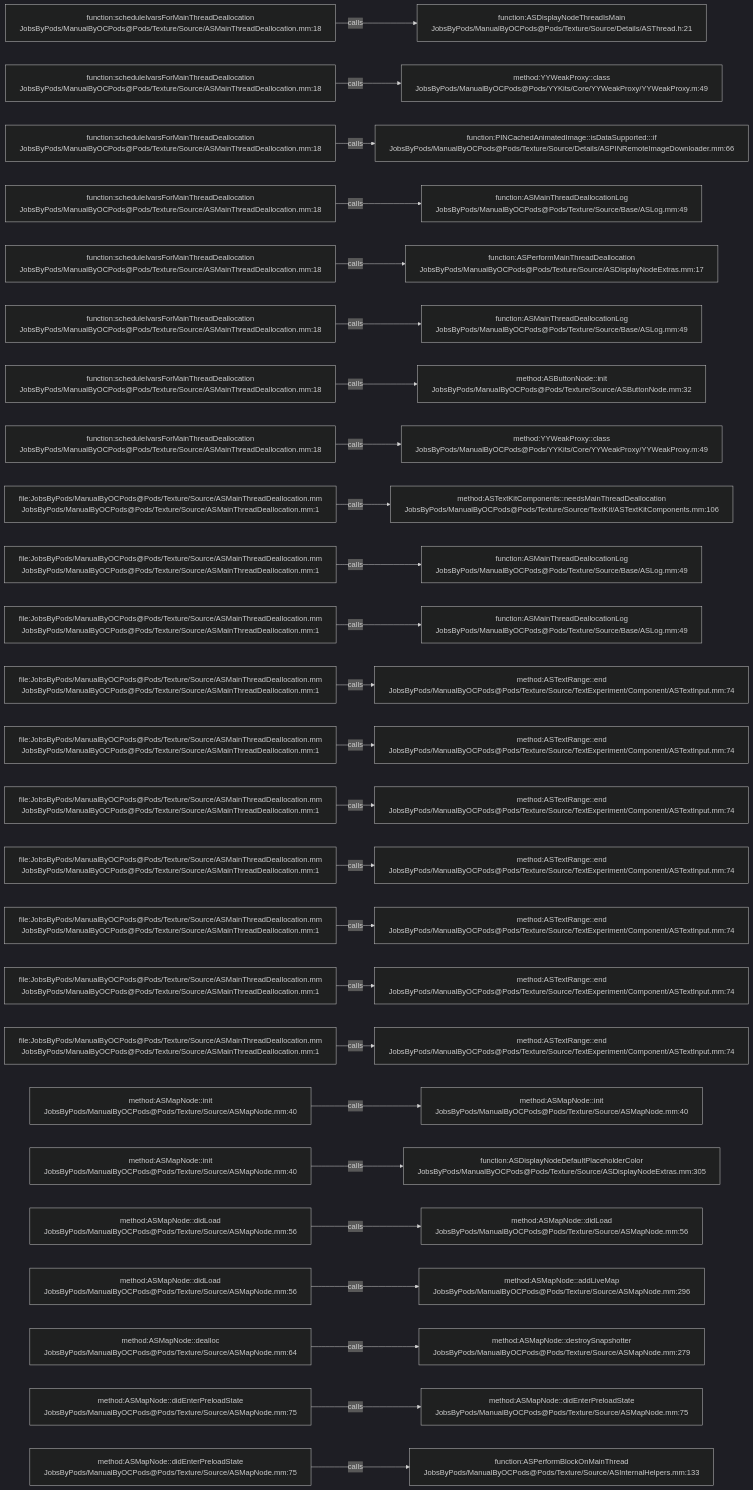
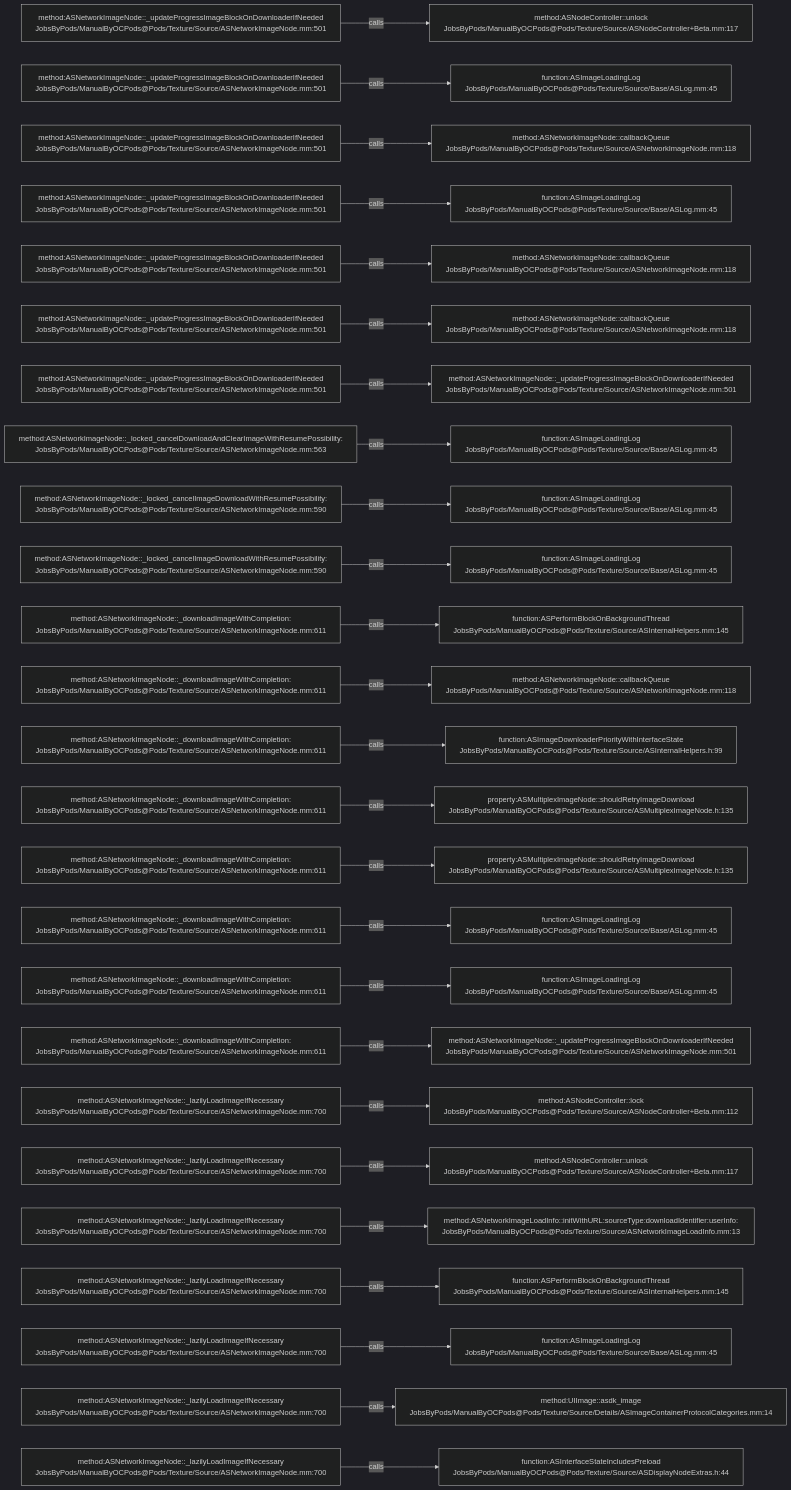
One commit to JobsKits/JobsOCBaseConfigDemo changed the diagram in .codegraph/codegraph.md/graphs/calls-120.md. Above: the diagram before and after it, drawn with Mermaid (dark theme). The commit also changed 1223 other files, not shown here.

````diff
--- a/.codegraph/codegraph.md/graphs/calls-120.md
+++ b/.codegraph/codegraph.md/graphs/calls-120.md
@@ -13,78 +13,78 @@
 ```mermaid
 flowchart LR
-  S1["function:scheduleIvarsForMainThreadDeallocation<br/>JobsByPods/ManualByOCPods@Pods/Texture/Source/ASMainThreadDeallocation.mm:18"]
-  T1["function:ASDisplayNodeThreadIsMain<br/>JobsByPods/ManualByOCPods@Pods/Texture/Source/Details/ASThread.h:21"]
+  S1["method:ASNetworkImageNode::_updateProgressImageBlockOnDownloaderIfNeeded<br/>JobsByPods/ManualByOCPods@Pods/Texture/Source/ASNetworkImageNode.mm:501"]
+  T1["method:ASNodeController::unlock<br/>JobsByPods/ManualByOCPods@Pods/Texture/Source/ASNodeController+Beta.mm:117"]
   S1 -->|calls| T1
-  S2["function:scheduleIvarsForMainThreadDeallocation<br/>JobsByPods/ManualByOCPods@Pods/Texture/Source/ASMainThreadDeallocation.mm:18"]
-  T2["method:YYWeakProxy::class<br/>JobsByPods/ManualByOCPods@Pods/YYKits/Core/YYWeakProxy/YYWeakProxy.m:49"]
+  S2["method:ASNetworkImageNode::_updateProgressImageBlockOnDownloaderIfNeeded<br/>JobsByPods/ManualByOCPods@Pods/Texture/Source/ASNetworkImageNode.mm:501"]
+  T2["function:ASImageLoadingLog<br/>JobsByPods/ManualByOCPods@Pods/Texture/Source/Base/ASLog.mm:45"]
   S2 -->|calls| T2
-  S3["function:scheduleIvarsForMainThreadDeallocation<br/>JobsByPods/ManualByOCPods@Pods/Texture/Source/ASMainThreadDeallocation.mm:18"]
-  T3["function:PINCachedAnimatedImage::isDataSupported:::if<br/>JobsByPods/ManualByOCPods@Pods/Texture/Source/Details/ASPINRemoteImageDownloader.mm:66"]
+  S3["method:ASNetworkImageNode::_updateProgressImageBlockOnDownloaderIfNeeded<br/>JobsByPods/ManualByOCPods@Pods/Texture/Source/ASNetworkImageNode.mm:501"]
+  T3["method:ASNetworkImageNode::callbackQueue<br/>JobsByPods/ManualByOCPods@Pods/Texture/Source/ASNetworkImageNode.mm:118"]
   S3 -->|calls| T3
-  S4["function:scheduleIvarsForMainThreadDeallocation<br/>JobsByPods/ManualByOCPods@Pods/Texture/Source/ASMainThreadDeallocation.mm:18"]
-  T4["function:ASMainThreadDeallocationLog<br/>JobsByPods/ManualByOCPods@Pods/Texture/Source/Base/ASLog.mm:49"]
+  S4["method:ASNetworkImageNode::_updateProgressImageBlockOnDownloaderIfNeeded<br/>JobsByPods/ManualByOCPods@Pods/Texture/Source/ASNetworkImageNode.mm:501"]
+  T4["function:ASImageLoadingLog<br/>JobsByPods/ManualByOCPods@Pods/Texture/Source/Base/ASLog.mm:45"]
   S4 -->|calls| T4
-  S5["function:scheduleIvarsForMainThreadDeallocation<br/>JobsByPods/ManualByOCPods@Pods/Texture/Source/ASMainThreadDeallocation.mm:18"]
-  T5["function:ASPerformMainThreadDeallocation<br/>JobsByPods/ManualByOCPods@Pods/Texture/Source/ASDisplayNodeExtras.mm:17"]
+  S5["method:ASNetworkImageNode::_updateProgressImageBlockOnDownloaderIfNeeded<br/>JobsByPods/ManualByOCPods@Pods/Texture/Source/ASNetworkImageNode.mm:501"]
+  T5["method:ASNetworkImageNode::callbackQueue<br/>JobsByPods/ManualByOCPods@Pods/Texture/Source/ASNetworkImageNode.mm:118"]
   S5 -->|calls| T5
-  S6["function:scheduleIvarsForMainThreadDeallocation<br/>JobsByPods/ManualByOCPods@Pods/Texture/Source/ASMainThreadDeallocation.mm:18"]
-  T6["function:ASMainThreadDeallocationLog<br/>JobsByPods/ManualByOCPods@Pods/Texture/Source/Base/ASLog.mm:49"]
+  S6["method:ASNetworkImageNode::_updateProgressImageBlockOnDownloaderIfNeeded<br/>JobsByPods/ManualByOCPods@Pods/Texture/Source/ASNetworkImageNode.mm:501"]
+  T6["method:ASNetworkImageNode::callbackQueue<br/>JobsByPods/ManualByOCPods@Pods/Texture/Source/ASNetworkImageNode.mm:118"]
   S6 -->|calls| T6
-  S7["function:scheduleIvarsForMainThreadDeallocation<br/>JobsByPods/ManualByOCPods@Pods/Texture/Source/ASMainThreadDeallocation.mm:18"]
-  T7["method:ASButtonNode::init<br/>JobsByPods/ManualByOCPods@Pods/Texture/Source/ASButtonNode.mm:32"]
+  S7["method:ASNetworkImageNode::_updateProgressImageBlockOnDownloaderIfNeeded<br/>JobsByPods/ManualByOCPods@Pods/Texture/Source/ASNetworkImageNode.mm:501"]
+  T7["method:ASNetworkImageNode::_updateProgressImageBlockOnDownloaderIfNeeded<br/>JobsByPods/ManualByOCPods@Pods/Texture/Source/ASNetworkImageNode.mm:501"]
   S7 -->|calls| T7
-  S8["function:scheduleIvarsForMainThreadDeallocation<br/>JobsByPods/ManualByOCPods@Pods/Texture/Source/ASMainThreadDeallocation.mm:18"]
-  T8["method:YYWeakProxy::class<br/>JobsByPods/ManualByOCPods@Pods/YYKits/Core/YYWeakProxy/YYWeakProxy.m:49"]
+  S8["method:ASNetworkImageNode::_locked_cancelDownloadAndClearImageWithResumePossibility:<br/>JobsByPods/ManualByOCPods@Pods/Texture/Source/ASNetworkImageNode.mm:563"]
+  T8["function:ASImageLoadingLog<br/>JobsByPods/ManualByOCPods@Pods/Texture/Source/Base/ASLog.mm:45"]
   S8 -->|calls| T8
-  S9["file:JobsByPods/ManualByOCPods@Pods/Texture/Source/ASMainThreadDeallocation.mm<br/>JobsByPods/ManualByOCPods@Pods/Texture/Source/ASMainThreadDeallocation.mm:1"]
-  T9["method:ASTextKitComponents::needsMainThreadDeallocation<br/>JobsByPods/ManualByOCPods@Pods/Texture/Source/TextKit/ASTextKitComponents.mm:106"]
+  S9["method:ASNetworkImageNode::_locked_cancelImageDownloadWithResumePossibility:<br/>JobsByPods/ManualByOCPods@Pods/Texture/Source/ASNetworkImageNode.mm:590"]
+  T9["function:ASImageLoadingLog<br/>JobsByPods/ManualByOCPods@Pods/Texture/Source/Base/ASLog.mm:45"]
   S9 -->|calls| T9
-  S10["file:JobsByPods/ManualByOCPods@Pods/Texture/Source/ASMainThreadDeallocation.mm<br/>JobsByPods/ManualByOCPods@Pods/Texture/Source/ASMainThreadDeallocation.mm:1"]
-  T10["function:ASMainThreadDeallocationLog<br/>JobsByPods/ManualByOCPods@Pods/Texture/Source/Base/ASLog.mm:49"]
+  S10["method:ASNetworkImageNode::_locked_cancelImageDownloadWithResumePossibility:<br/>JobsByPods/ManualByOCPods@Pods/Texture/Source/ASNetworkImageNode.mm:590"]
+  T10["function:ASImageLoadingLog<br/>JobsByPods/ManualByOCPods@Pods/Texture/Source/Base/ASLog.mm:45"]
   S10 -->|calls| T10
-  S11["file:JobsByPods/ManualByOCPods@Pods/Texture/Source/ASMainThreadDeallocation.mm<br/>JobsByPods/ManualByOCPods@Pods/Texture/Source/ASMainThreadDeallocation.mm:1"]
-  T11["function:ASMainThreadDeallocationLog<br/>JobsByPods/ManualByOCPods@Pods/Texture/Source/Base/ASLog.mm:49"]
+  S11["method:ASNetworkImageNode::_downloadImageWithCompletion:<br/>JobsByPods/ManualByOCPods@Pods/Texture/Source/ASNetworkImageNode.mm:611"]
+  T11["function:ASPerformBlockOnBackgroundThread<br/>JobsByPods/ManualByOCPods@Pods/Texture/Source/ASInternalHelpers.mm:145"]
   S11 -->|calls| T11
-  S12["file:JobsByPods/ManualByOCPods@Pods/Texture/Source/ASMainThreadDeallocation.mm<br/>JobsByPods/ManualByOCPods@Pods/Texture/Source/ASMainThreadDeallocation.mm:1"]
-  T12["method:ASTextRange::end<br/>JobsByPods/ManualByOCPods@Pods/Texture/Source/TextExperiment/Component/ASTextInput.mm:74"]
+  S12["method:ASNetworkImageNode::_downloadImageWithCompletion:<br/>JobsByPods/ManualByOCPods@Pods/Texture/Source/ASNetworkImageNode.mm:611"]
+  T12["method:ASNetworkImageNode::callbackQueue<br/>JobsByPods/ManualByOCPods@Pods/Texture/Source/ASNetworkImageNode.mm:118"]
   S12 -->|calls| T12
-  S13["file:JobsByPods/ManualByOCPods@Pods/Texture/Source/ASMainThreadDeallocation.mm<br/>JobsByPods/ManualByOCPods@Pods/Texture/Source/ASMainThreadDeallocation.mm:1"]
-  T13["method:ASTextRange::end<br/>JobsByPods/ManualByOCPods@Pods/Texture/Source/TextExperiment/Component/ASTextInput.mm:74"]
+  S13["method:ASNetworkImageNode::_downloadImageWithCompletion:<br/>JobsByPods/ManualByOCPods@Pods/Texture/Source/ASNetworkImageNode.mm:611"]
+  T13["function:ASImageDownloaderPriorityWithInterfaceState<br/>JobsByPods/ManualByOCPods@Pods/Texture/Source/ASInternalHelpers.h:99"]
   S13 -->|calls| T13
-  S14["file:JobsByPods/ManualByOCPods@Pods/Texture/Source/ASMainThreadDeallocation.mm<br/>JobsByPods/ManualByOCPods@Pods/Texture/Source/ASMainThreadDeallocation.mm:1"]
-  T14["method:ASTextRange::end<br/>JobsByPods/ManualByOCPods@Pods/Texture/Source/TextExperiment/Component/ASTextInput.mm:74"]
+  S14["method:ASNetworkImageNode::_downloadImageWithCompletion:<br/>JobsByPods/ManualByOCPods@Pods/Texture/Source/ASNetworkImageNode.mm:611"]
+  T14["property:ASMultiplexImageNode::shouldRetryImageDownload<br/>JobsByPods/ManualByOCPods@Pods/Texture/Source/ASMultiplexImageNode.h:135"]
   S14 -->|calls| T14
-  S15["file:JobsByPods/ManualByOCPods@Pods/Texture/Source/ASMainThreadDeallocation.mm<br/>JobsByPods/ManualByOCPods@Pods/Texture/Source/ASMainThreadDeallocation.mm:1"]
-  T15["method:ASTextRange::end<br/>JobsByPods/ManualByOCPods@Pods/Texture/Source/TextExperiment/Component/ASTextInput.mm:74"]
+  S15["method:ASNetworkImageNode::_downloadImageWithCompletion:<br/>JobsByPods/ManualByOCPods@Pods/Texture/Source/ASNetworkImageNode.mm:611"]
+  T15["property:ASMultiplexImageNode::shouldRetryImageDownload<br/>JobsByPods/ManualByOCPods@Pods/Texture/Source/ASMultiplexImageNode.h:135"]
   S15 -->|calls| T15
-  S16["file:JobsByPods/ManualByOCPods@Pods/Texture/Source/ASMainThreadDeallocation.mm<br/>JobsByPods/ManualByOCPods@Pods/Texture/Source/ASMainThreadDeallocation.mm:1"]
-  T16["method:ASTextRange::end<br/>JobsByPods/ManualByOCPods@Pods/Texture/Source/TextExperiment/Component/ASTextInput.mm:74"]
+  S16["method:ASNetworkImageNode::_downloadImageWithCompletion:<br/>JobsByPods/ManualByOCPods@Pods/Texture/Source/ASNetworkImageNode.mm:611"]
+  T16["function:ASImageLoadingLog<br/>JobsByPods/ManualByOCPods@Pods/Texture/Source/Base/ASLog.mm:45"]
   S16 -->|calls| T16
-  S17["file:JobsByPods/ManualByOCPods@Pods/Texture/Source/ASMainThreadDeallocation.mm<br/>JobsByPods/ManualByOCPods@Pods/Texture/Source/ASMainThreadDeallocation.mm:1"]
-  T17["method:ASTextRange::end<br/>JobsByPods/ManualByOCPods@Pods/Texture/Source/TextExperiment/Component/ASTextInput.mm:74"]
+  S17["method:ASNetworkImageNode::_downloadImageWithCompletion:<br/>JobsByPods/ManualByOCPods@Pods/Texture/Source/ASNetworkImageNode.mm:611"]
+  T17["function:ASImageLoadingLog<br/>JobsByPods/ManualByOCPods@Pods/Texture/Source/Base/ASLog.mm:45"]
   S17 -->|calls| T17
-  S18["file:JobsByPods/ManualByOCPods@Pods/Texture/Source/ASMainThreadDeallocation.mm<br/>JobsByPods/ManualByOCPods@Pods/Texture/Source/ASMainThreadDeallocation.mm:1"]
-  T18["method:ASTextRange::end<br/>JobsByPods/ManualByOCPods@Pods/Texture/Source/TextExperiment/Component/ASTextInput.mm:74"]
+  S18["method:ASNetworkImageNode::_downloadImageWithCompletion:<br/>JobsByPods/ManualByOCPods@Pods/Texture/Source/ASNetworkImageNode.mm:611"]
+  T18["method:ASNetworkImageNode::_updateProgressImageBlockOnDownloaderIfNeeded<br/>JobsByPods/ManualByOCPods@Pods/Texture/Source/ASNetworkImageNode.mm:501"]
   S18 -->|calls| T18
-  S19["method:ASMapNode::init<br/>JobsByPods/ManualByOCPods@Pods/Texture/Source/ASMapNode.mm:40"]
-  T19["method:ASMapNode::init<br/>JobsByPods/ManualByOCPods@Pods/Texture/Source/ASMapNode.mm:40"]
+  S19["method:ASNetworkImageNode::_lazilyLoadImageIfNecessary<br/>JobsByPods/ManualByOCPods@Pods/Texture/Source/ASNetworkImageNode.mm:700"]
+  T19["method:ASNodeController::lock<br/>JobsByPods/ManualByOCPods@Pods/Texture/Source/ASNodeController+Beta.mm:112"]
   S19 -->|calls| T19
-  S20["method:ASMapNode::init<br/>JobsByPods/ManualByOCPods@Pods/Texture/Source/ASMapNode.mm:40"]
-  T20["function:ASDisplayNodeDefaultPlaceholderColor<br/>JobsByPods/ManualByOCPods@Pods/Texture/Source/ASDisplayNodeExtras.mm:305"]
+  S20["method:ASNetworkImageNode::_lazilyLoadImageIfNecessary<br/>JobsByPods/ManualByOCPods@Pods/Texture/Source/ASNetworkImageNode.mm:700"]
+  T20["method:ASNodeController::unlock<br/>JobsByPods/ManualByOCPods@Pods/Texture/Source/ASNodeController+Beta.mm:117"]
   S20 -->|calls| T20
-  S21["method:ASMapNode::didLoad<br/>JobsByPods/ManualByOCPods@Pods/Texture/Source/ASMapNode.mm:56"]
-  T21["method:ASMapNode::didLoad<br/>JobsByPods/ManualByOCPods@Pods/Texture/Source/ASMapNode.mm:56"]
+  S21["method:ASNetworkImageNode::_lazilyLoadImageIfNecessary<br/>JobsByPods/ManualByOCPods@Pods/Texture/Source/ASNetworkImageNode.mm:700"]
+  T21["method:ASNetworkImageLoadInfo::initWithURL:sourceType:downloadIdentifier:userInfo:<br/>JobsByPods/ManualByOCPods@Pods/Texture/Source/ASNetworkImageLoadInfo.mm:13"]
   S21 -->|calls| T21
-  S22["method:ASMapNode::didLoad<br/>JobsByPods/ManualByOCPods@Pods/Texture/Source/ASMapNode.mm:56"]
-  T22["method:ASMapNode::addLiveMap<br/>JobsByPods/ManualByOCPods@Pods/Texture/Source/ASMapNode.mm:296"]
+  S22["method:ASNetworkImageNode::_lazilyLoadImageIfNecessary<br/>JobsByPods/ManualByOCPods@Pods/Texture/Source/ASNetworkImageNode.mm:700"]
+  T22["function:ASPerformBlockOnBackgroundThread<br/>JobsByPods/ManualByOCPods@Pods/Texture/Source/ASInternalHelpers.mm:145"]
   S22 -->|calls| T22
-  S23["method:ASMapNode::dealloc<br/>JobsByPods/ManualByOCPods@Pods/Texture/Source/ASMapNode.mm:64"]
-  T23["method:ASMapNode::destroySnapshotter<br/>JobsByPods/ManualByOCPods@Pods/Texture/Source/ASMapNode.mm:279"]
+  S23["method:ASNetworkImageNode::_lazilyLoadImageIfNecessary<br/>JobsByPods/ManualByOCPods@Pods/Texture/Source/ASNetworkImageNode.mm:700"]
+  T23["function:ASImageLoadingLog<br/>JobsByPods/ManualByOCPods@Pods/Texture/Source/Base/ASLog.mm:45"]
   S23 -->|calls| T23
-  S24["method:ASMapNode::didEnterPreloadState<br/>JobsByPods/ManualByOCPods@Pods/Texture/Source/ASMapNode.mm:75"]
-  T24["method:ASMapNode::didEnterPreloadState<br/>JobsByPods/ManualByOCPods@Pods/Texture/Source/ASMapNode.mm:75"]
+  S24["method:ASNetworkImageNode::_lazilyLoadImageIfNecessary<br/>JobsByPods/ManualByOCPods@Pods/Texture/Source/ASNetworkImageNode.mm:700"]
+  T24["method:UIImage::asdk_image<br/>JobsByPods/ManualByOCPods@Pods/Texture/Source/Details/ASImageContainerProtocolCategories.mm:14"]
   S24 -->|calls| T24
-  S25["method:ASMapNode::didEnterPreloadState<br/>JobsByPods/ManualByOCPods@Pods/Texture/Source/ASMapNode.mm:75"]
-  T25["function:ASPerformBlockOnMainThread<br/>JobsByPods/ManualByOCPods@Pods/Texture/Source/ASInternalHelpers.mm:133"]
+  S25["method:ASNetworkImageNode::_lazilyLoadImageIfNecessary<br/>JobsByPods/ManualByOCPods@Pods/Texture/Source/ASNetworkImageNode.mm:700"]
+  T25["function:ASInterfaceStateIncludesPreload<br/>JobsByPods/ManualByOCPods@Pods/Texture/Source/ASDisplayNodeExtras.h:44"]
   S25 -->|calls| T25
 ```
````
